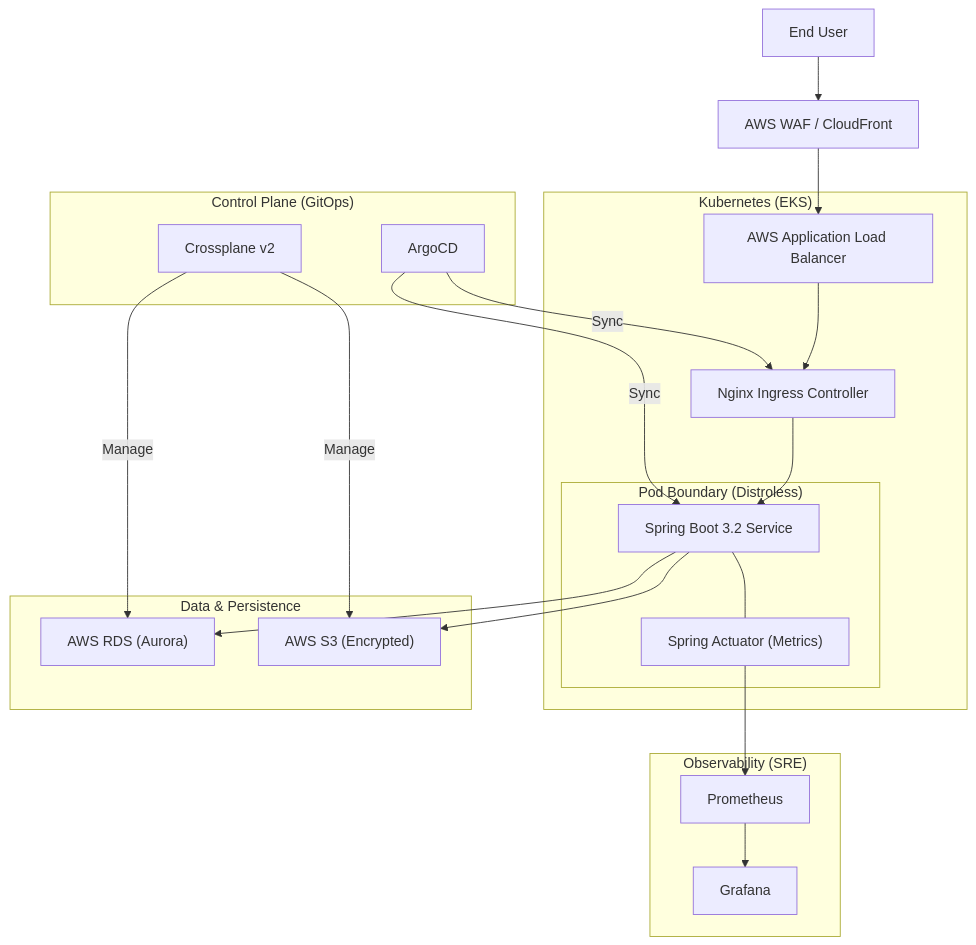
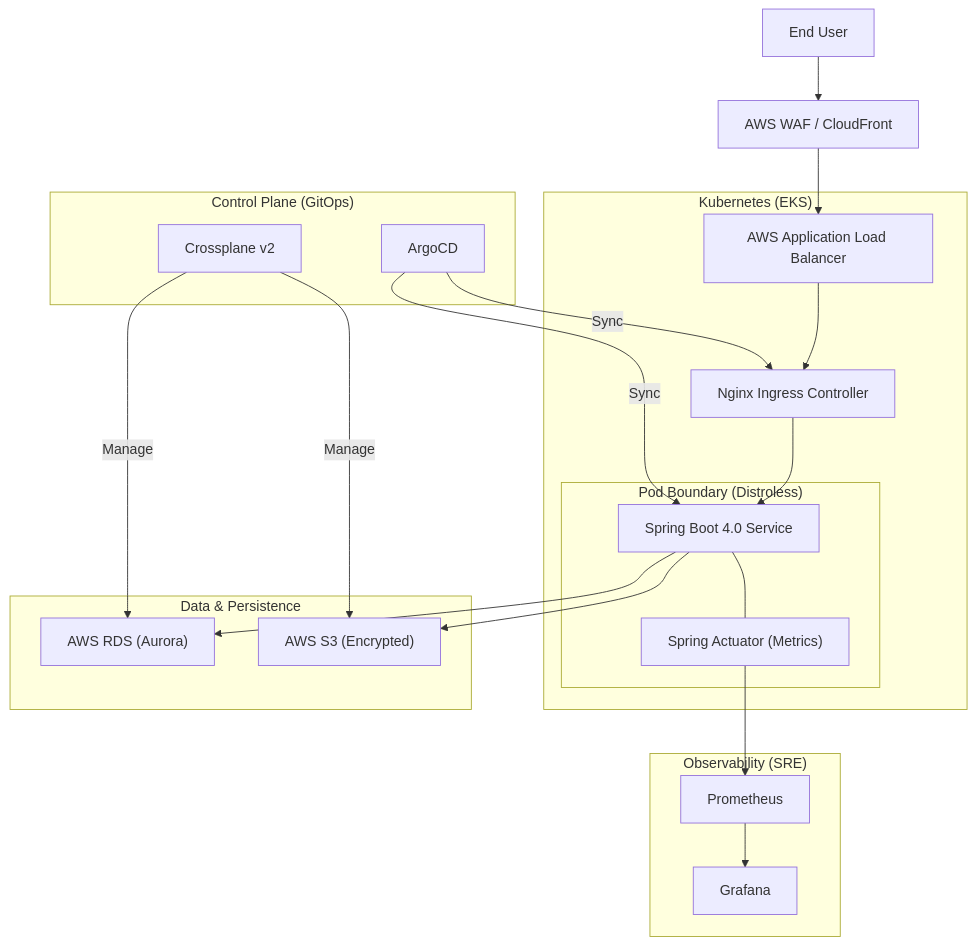
Before and after one commit to rb1whitney/cloud-boot-app: the diagram in README.md, drawn with Mermaid. The commit also changed other lines of this file and 21 other files, not shown here.

First line of the commit message:
chore: modernize to Spring Boot 4.0 and Spring 7

````diff
--- a/README.md
+++ b/README.md
@@ -10,41 +10,41 @@
 ```mermaid
 graph TD
     USER["End User"] --> WAF["AWS WAF / CloudFront"]
     WAF --> ALB["AWS Application Load Balancer"]
     
     subgraph "Kubernetes (EKS)"
         ING["Nginx Ingress Controller"]
         ALB --> ING
         
         subgraph "Pod Boundary (Distroless)"
-            APP["Spring Boot 3.2 Service"]
+            APP["Spring Boot 4.0 Service"]
             ACT["Spring Actuator (Metrics)"]
             APP --- ACT
         end
         
         ING --> APP
     end
 
     subgraph "Data & Persistence"
         RDS["AWS RDS (Aurora)"]
         S3["AWS S3 (Encrypted)"]
         APP --> RDS
         APP --> S3
     end
 
     subgraph "Control Plane (GitOps)"
         ARGO["ArgoCD"]
         XP["Crossplane v2"]
         ARGO -->|Sync| ING
         ARGO -->|Sync| APP
         XP -->|Manage| RDS
         XP -->|Manage| S3
     end
 
     subgraph "Observability (SRE)"
         PROM["Prometheus"]
         GRAF["Grafana"]
         ACT --> PROM
         PROM --> GRAF
     end
 ```
````
